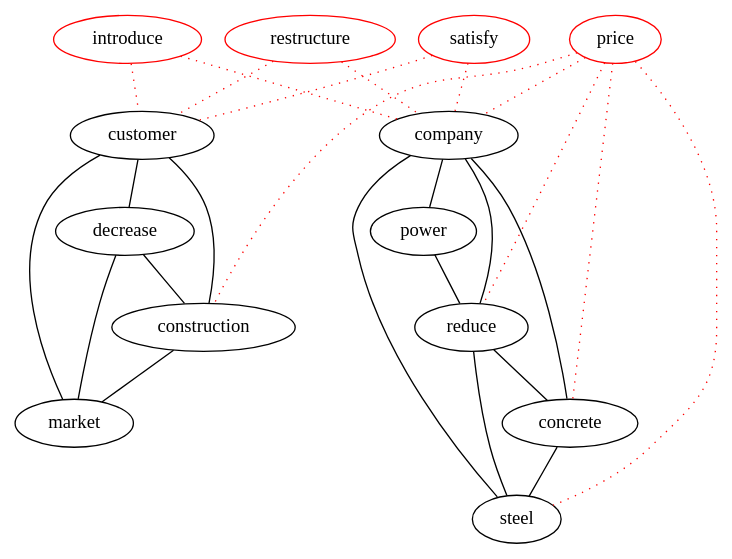
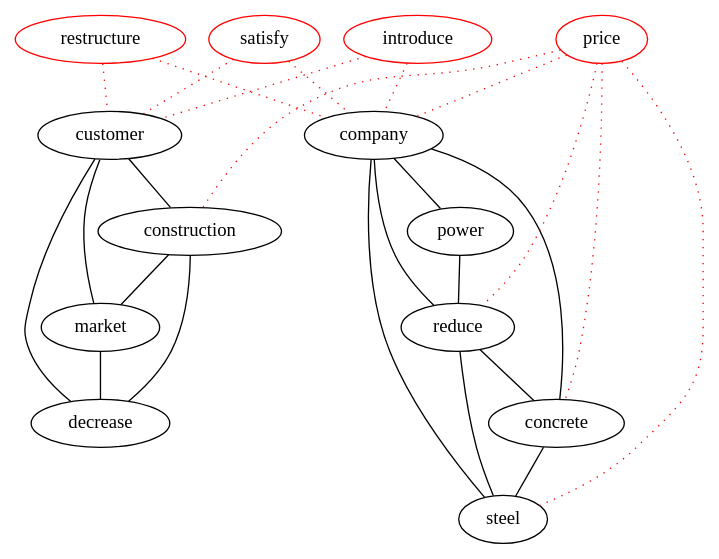
One commit to michaelweiss/keygraph changed the diagram in dot/d2.dot. Above: the diagram before and after it, drawn with Graphviz. The commit also changed 5 other files, not shown here.

```diff
--- a/dot/d2.dot
+++ b/dot/d2.dot
@@ -1,41 +1,41 @@
 graph keygraph {
 graph [size="10,10", overlap="scale"]
 construction [color="black"]
+power [color="black"]
 steel [color="black"]
+decrease [color="black"]
+customer [color="black"]
+company [color="black"]
 concrete [color="black"]
-customer [color="black"]
 market [color="black"]
-power [color="black"]
 reduce [color="black"]
-company [color="black"]
-decrease [color="black"]
 introduce [color="red"]
 restructure [color="red"]
+price [color="red"]
 satisfy [color="red"]
-price [color="red"]
 company--power
 company--concrete
 company--steel
 company--reduce
 power--reduce
 reduce--concrete
 reduce--steel
 concrete--steel
 customer--construction
 customer--market
 customer--decrease
-decrease--construction
-decrease--market
 construction--market
+construction--decrease
+market--decrease
 introduce--customer [color="red", style="dotted"]
 introduce--company [color="red", style="dotted"]
 restructure--customer [color="red", style="dotted"]
 restructure--company [color="red", style="dotted"]
 satisfy--customer [color="red", style="dotted"]
 satisfy--company [color="red", style="dotted"]
 price--construction [color="red", style="dotted"]
 price--steel [color="red", style="dotted"]
+price--company [color="red", style="dotted"]
 price--concrete [color="red", style="dotted"]
 price--reduce [color="red", style="dotted"]
-price--company [color="red", style="dotted"]
 }
```
